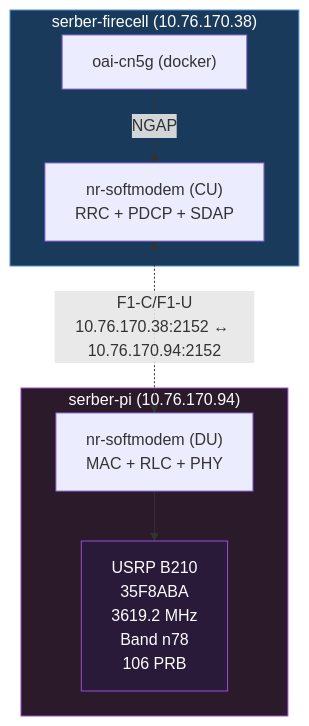
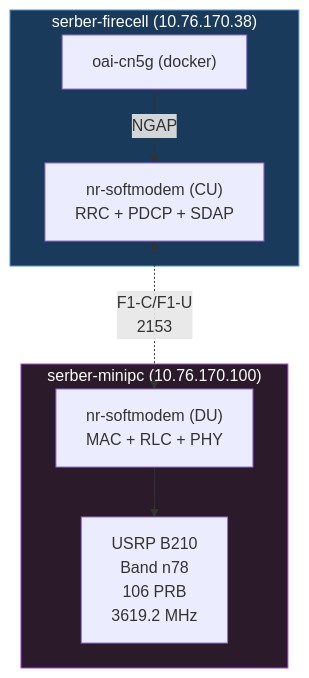
Before and after one commit to promaaa/cu-du: the diagram in README.md, drawn with Mermaid. The commit also changed other lines of this file and 11 other files, not shown here.

Commit message:
Clean repo: unify docs, add serber-minipc support, remove stale files

````diff
--- a/README.md
+++ b/README.md
@@ -14,20 +10,19 @@
 ```mermaid
 flowchart TB
     subgraph CN["serber-firecell (10.76.170.38)"]
         CN_container["oai-cn5g (docker)"]
         CU["nr-softmodem (CU)<br/>RRC + PDCP + SDAP"]
         CN_container -->|"NGAP"| CU
     end
 
-    subgraph PI["serber-pi (10.76.170.94)"]
-        PI_process["nr-softmodem (DU)<br/>MAC + RLC + PHY"]
-        USRP_PI["USRP B210<br/>35F8ABA<br/>3619.2 MHz<br/>Band n78<br/>106 PRB"]
-        PI_process --> USRP_PI
+    subgraph DU["serber-minipc (10.76.170.100)"]
+        DU_process["nr-softmodem (DU)<br/>MAC + RLC + PHY"]
+        USRP["USRP B210<br/>Band n78<br/>106 PRB<br/>3619.2 MHz"]
+        DU_process --> USRP
     end
 
-    CU <-.->|"F1-C/F1-U<br/>10.76.170.38:2152 ↔ 10.76.170.94:2152"| PI_process
+    CU <-.->|"F1-C/F1-U<br/>2153"| DU_process
 
     style CN fill:#1a3a5c,stroke:#4a90d9,color:#fff
-    style PI fill:#2a1a2a,stroke:#a04ad9,color:#fff
-    style USRP_PI fill:#2a1a3a,stroke:#a04ad9,color:#fff
+    style DU fill:#2a1a2a,stroke:#a04ad9,color:#fff
 ```
````
